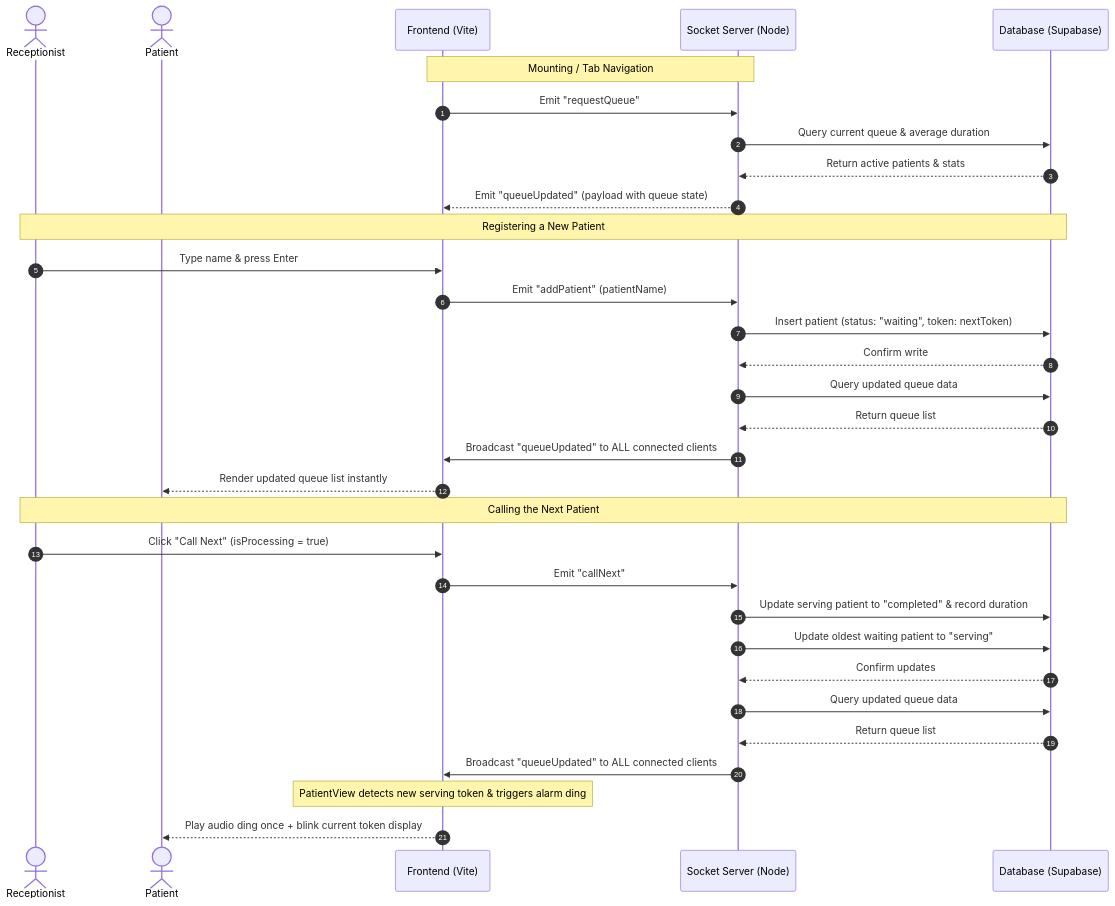
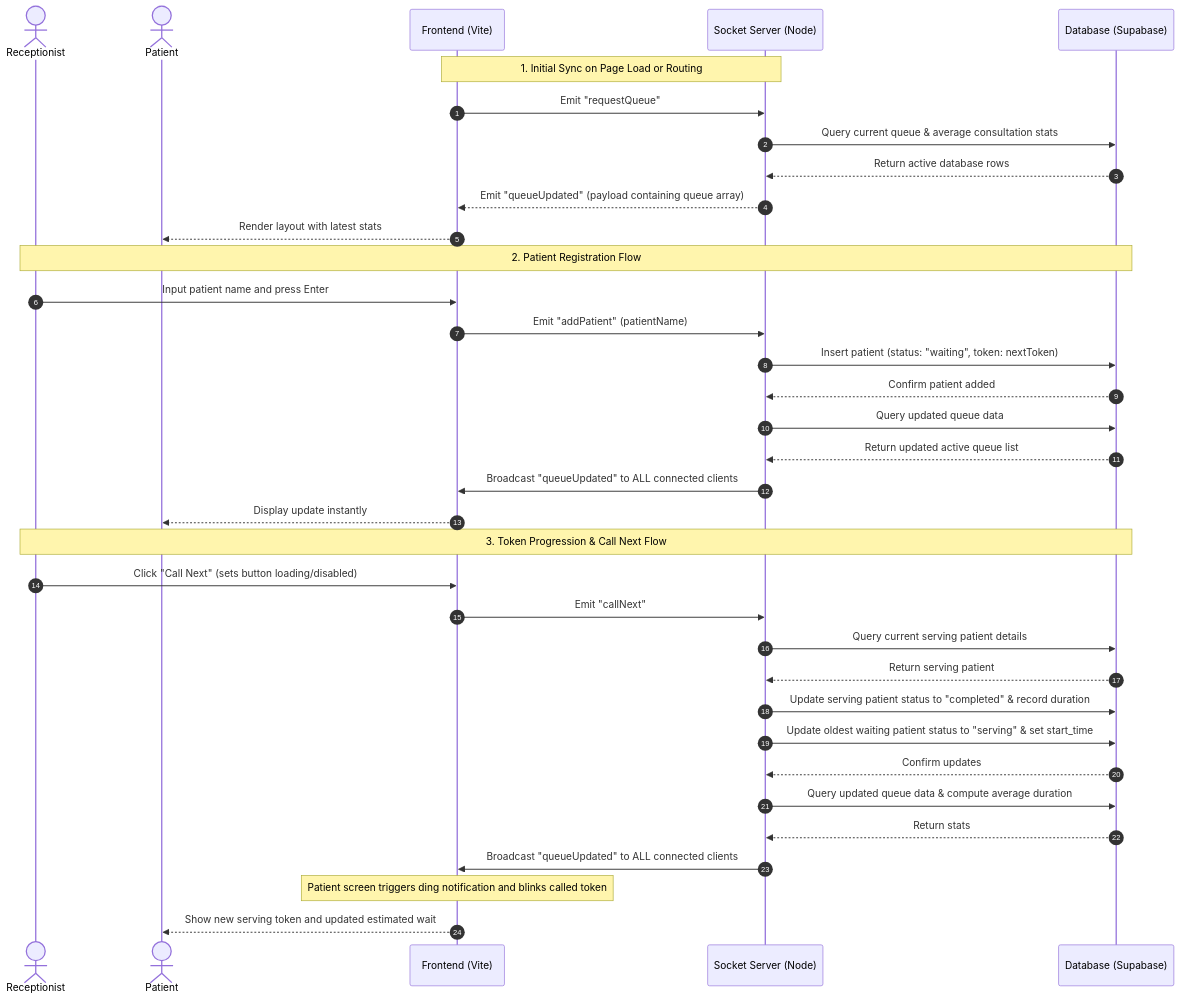
The diagram in docs/socket_event_diagram.md (Nimalan07/clinic-flow), drawn with Mermaid before and after one commit. The commit also changed other lines of this file and 2 other files, not shown here.

Commit message:
feat: initial commit for ClinicFlow

````diff
--- a/docs/socket_event_diagram.md
+++ b/docs/socket_event_diagram.md
@@ -5,40 +45,43 @@
 ```mermaid
 sequenceDiagram
     autonumber
     actor Receptionist
     actor Patient
     participant Client as Frontend (Vite)
     participant Server as Socket Server (Node)
     participant DB as Database (Supabase)
 
-    %% Initial Sync on Mount
-    Note over Client, Server: Mounting / Tab Navigation
+    %% 1. Initial State Load
+    Note over Client, Server: 1. Initial Sync on Page Load or Routing
     Client->>Server: Emit "requestQueue"
-    Server->>DB: Query current queue & average duration
-    DB-->>Server: Return active patients & stats
-    Server-->>Client: Emit "queueUpdated" (payload with queue state)
+    Server->>DB: Query current queue & average consultation stats
+    DB-->>Server: Return active database rows
+    Server-->>Client: Emit "queueUpdated" (payload containing queue array)
+    Client-->>Patient: Render layout with latest stats
 
-    %% Add Patient Flow
-    Note over Receptionist, DB: Registering a New Patient
-    Receptionist->>Client: Type name & press Enter
+    %% 2. Add Patient Flow
+    Note over Receptionist, DB: 2. Patient Registration Flow
+    Receptionist->>Client: Input patient name and press Enter
     Client->>Server: Emit "addPatient" (patientName)
     Server->>DB: Insert patient (status: "waiting", token: nextToken)
-    DB-->>Server: Confirm write
+    DB-->>Server: Confirm patient added
     Server->>DB: Query updated queue data
-    DB-->>Server: Return queue list
+    DB-->>Server: Return updated active queue list
     Server->>Client: Broadcast "queueUpdated" to ALL connected clients
-    Client-->>Patient: Render updated queue list instantly
+    Client-->>Patient: Display update instantly
 
-    %% Call Next Flow
-    Note over Receptionist, DB: Calling the Next Patient
-    Receptionist->>Client: Click "Call Next" (isProcessing = true)
+    %% 3. Call Next Flow
+    Note over Receptionist, DB: 3. Token Progression & Call Next Flow
+    Receptionist->>Client: Click "Call Next" (sets button loading/disabled)
     Client->>Server: Emit "callNext"
-    Server->>DB: Update serving patient to "completed" & record duration
-    Server->>DB: Update oldest waiting patient to "serving"
+    Server->>DB: Query current serving patient details
+    DB-->>Server: Return serving patient
+    Server->>DB: Update serving patient status to "completed" & record duration
+    Server->>DB: Update oldest waiting patient status to "serving" & set start_time
     DB-->>Server: Confirm updates
-    Server->>DB: Query updated queue data
-    DB-->>Server: Return queue list
+    Server->>DB: Query updated queue data & compute average duration
+    DB-->>Server: Return stats
     Server->>Client: Broadcast "queueUpdated" to ALL connected clients
-    Note over Client: PatientView detects new serving token & triggers alarm ding
-    Client-->>Patient: Play audio ding once + blink current token display
+    Note over Client: Patient screen triggers ding notification and blinks called token
+    Client-->>Patient: Show new serving token and updated estimated wait
 ```
````
